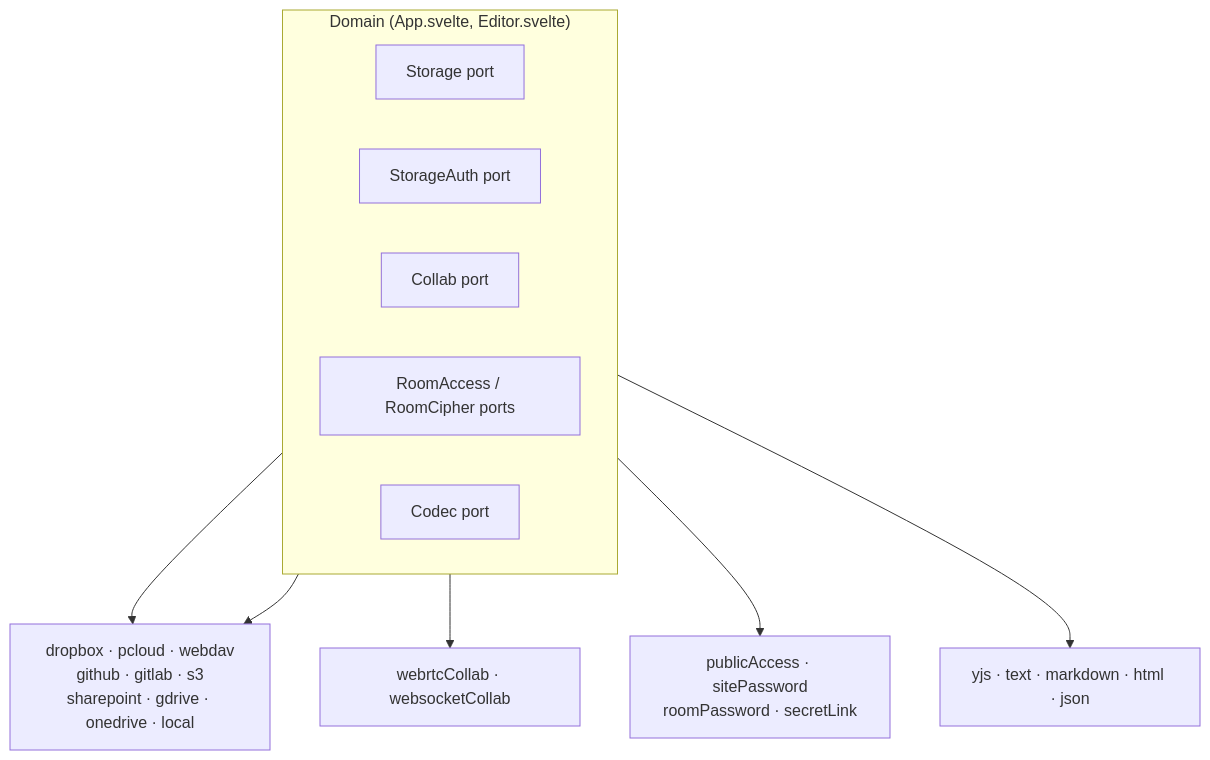
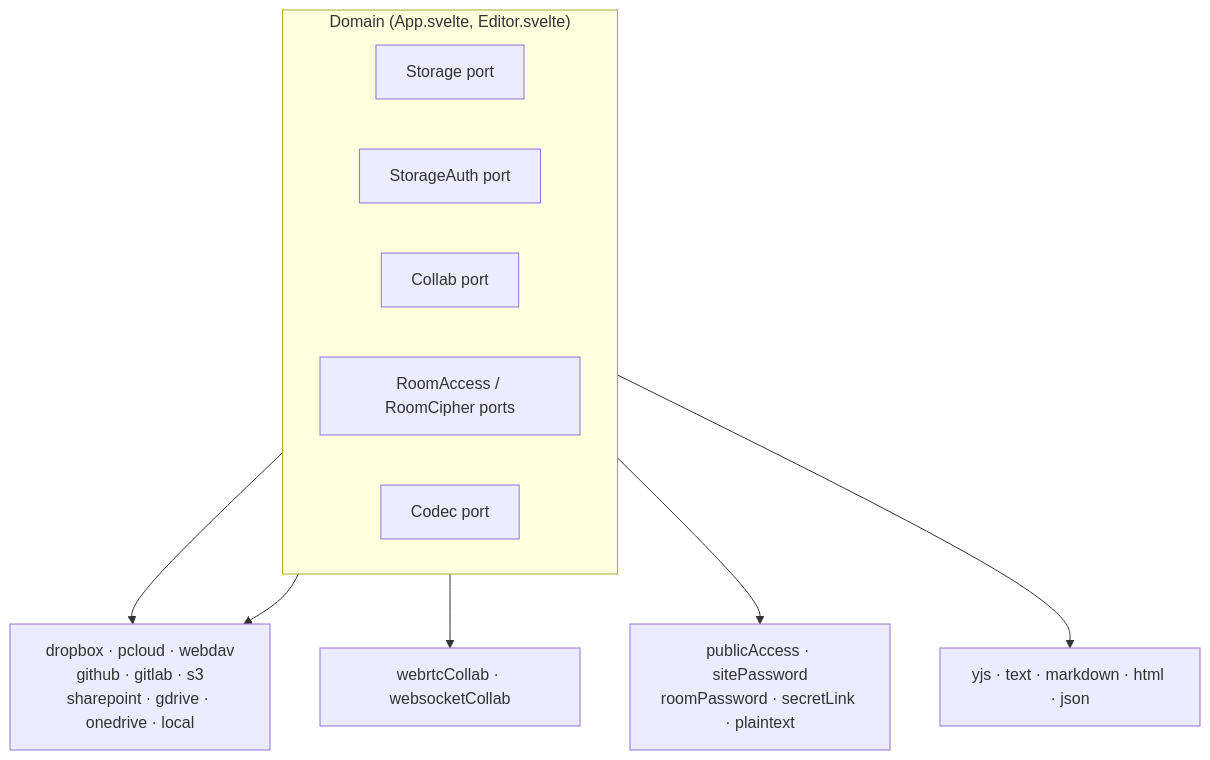
The diagram in docs/architecture.md (adriendellagaspera/copad), drawn with Mermaid before and after one commit. The commit also changed 7 other files, not shown here.

````diff
--- a/docs/architecture.md
+++ b/docs/architecture.md
@@ -16,16 +16,16 @@
 ```mermaid
 flowchart TB
     subgraph Domain["Domain (App.svelte, Editor.svelte)"]
         direction LR
         Storage["Storage port"]
         StorageAuth["StorageAuth port"]
         Collab["Collab port"]
         RoomAccess["RoomAccess / RoomCipher ports"]
         Codec["Codec port"]
     end
     Storage --> A1["dropbox · pcloud · webdav\ngithub · gitlab · s3\nsharepoint · gdrive · onedrive · local"]
     StorageAuth --> A1
     Collab --> A2["webrtcCollab · websocketCollab"]
-    RoomAccess --> A3["publicAccess · sitePassword\nroomPassword · secretLink"]
+    RoomAccess --> A3["publicAccess · sitePassword\nroomPassword · secretLink · plaintext"]
     Codec --> A4["yjs · text · markdown · html · json"]
 ```
````
